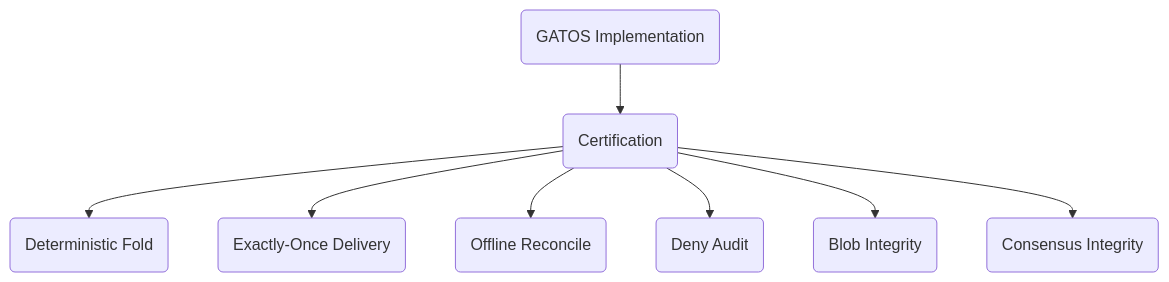
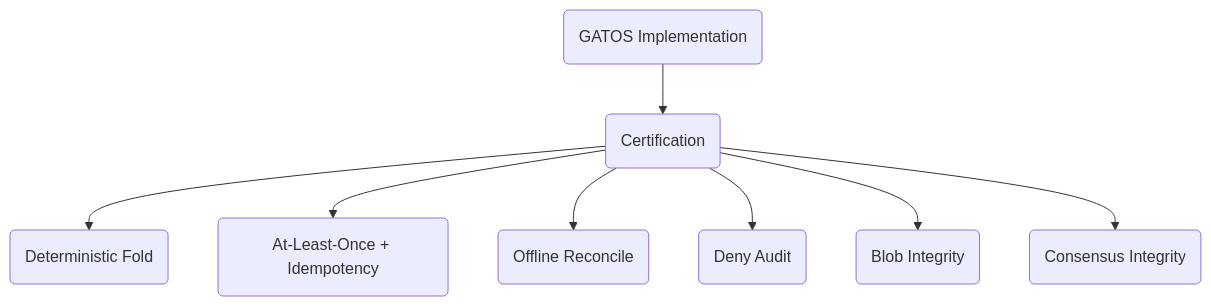
One commit to flyingrobots/gatos changed diagram 17 of 21 in docs/SPEC.md. Above: the diagram before and after it, drawn with Mermaid. The commit also changed other lines of this file and 1 other file, not shown here.

Commit message:
docs(spec): unify QoS (at-least-once + idempotency), single CAS job claim ref, Research profile defaults, pointer privacy hardening, PoX envelope, signature canonicalization; docs(roadmap): remove exactly_once

````diff
--- a/docs/SPEC.md
+++ b/docs/SPEC.md
@@ -591,10 +622,10 @@
 ```mermaid
 graph TD
     A(GATOS Implementation) --> B(Certification);
     B --> C(Deterministic Fold);
-    B --> D(Exactly-Once Delivery);
+    B --> D(At-Least-Once + Idempotency);
     B --> E(Offline Reconcile);
     B --> F(Deny Audit);
     B --> G(Blob Integrity);
     B --> H(Consensus Integrity);
 ```
````
